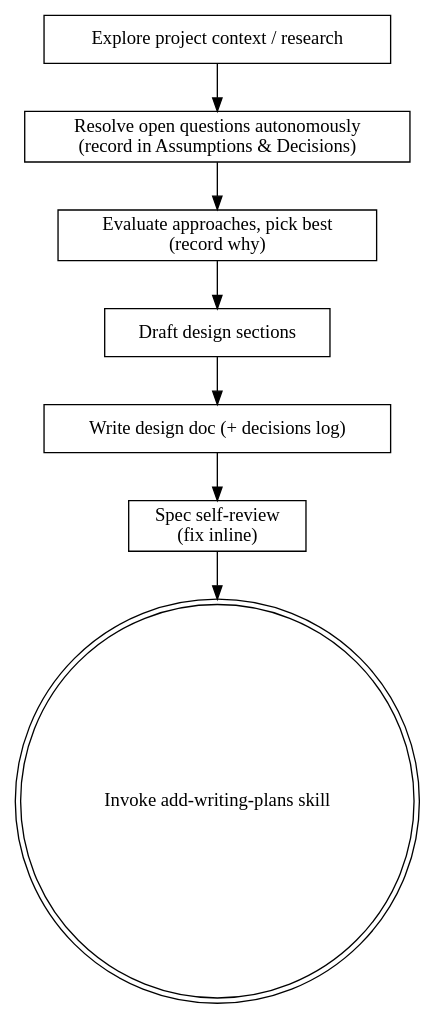
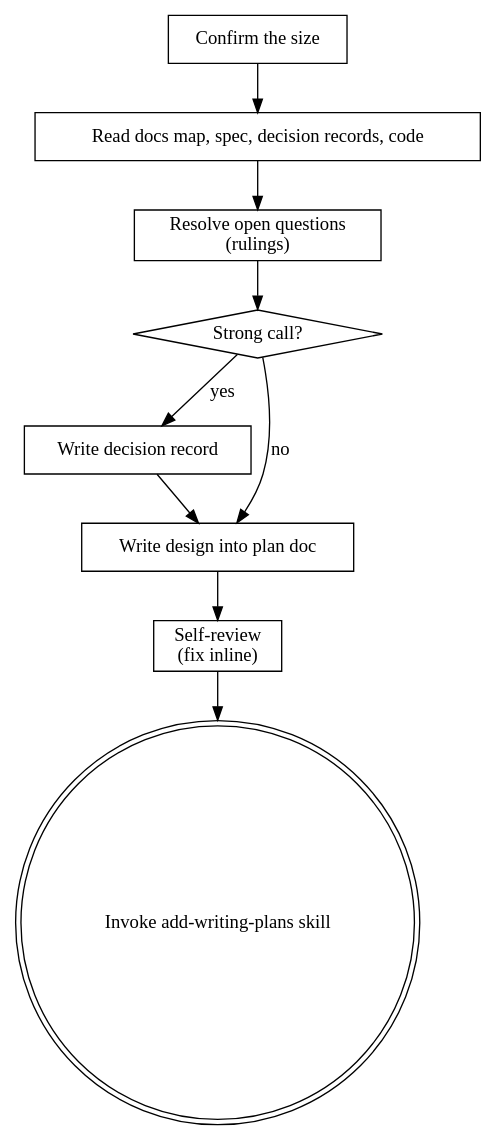
One commit to spenserhale/agentic-driven-development changed the diagram in skills/add-brainstorming/SKILL.md. Above: the diagram before and after it, drawn with Graphviz. The commit also changed other lines of this file and 26 other files, not shown here.

````diff
--- a/skills/add-brainstorming/SKILL.md
+++ b/skills/add-brainstorming/SKILL.md
@@ -34,18 +34,21 @@
 ```dot
 digraph brainstorming {
-    "Explore project context / research" [shape=box];
-    "Resolve open questions autonomously\n(record in Assumptions & Decisions)" [shape=box];
-    "Evaluate approaches, pick best\n(record why)" [shape=box];
-    "Draft design sections" [shape=box];
-    "Write design doc (+ decisions log)" [shape=box];
-    "Spec self-review\n(fix inline)" [shape=box];
+    "Confirm the size" [shape=box];
+    "Read docs map, spec, decision records, code" [shape=box];
+    "Resolve open questions\n(rulings)" [shape=box];
+    "Strong call?" [shape=diamond];
+    "Write decision record" [shape=box];
+    "Write design into plan doc" [shape=box];
+    "Self-review\n(fix inline)" [shape=box];
     "Invoke add-writing-plans skill" [shape=doublecircle];
 
-    "Explore project context / research" -> "Resolve open questions autonomously\n(record in Assumptions & Decisions)";
-    "Resolve open questions autonomously\n(record in Assumptions & Decisions)" -> "Evaluate approaches, pick best\n(record why)";
-    "Evaluate approaches, pick best\n(record why)" -> "Draft design sections";
-    "Draft design sections" -> "Write design doc (+ decisions log)";
-    "Write design doc (+ decisions log)" -> "Spec self-review\n(fix inline)";
-    "Spec self-review\n(fix inline)" -> "Invoke add-writing-plans skill";
+    "Confirm the size" -> "Read docs map, spec, decision records, code";
+    "Read docs map, spec, decision records, code" -> "Resolve open questions\n(rulings)";
+    "Resolve open questions\n(rulings)" -> "Strong call?";
+    "Strong call?" -> "Write decision record" [label="yes"];
+    "Strong call?" -> "Write design into plan doc" [label="no"];
+    "Write decision record" -> "Write design into plan doc";
+    "Write design into plan doc" -> "Self-review\n(fix inline)";
+    "Self-review\n(fix inline)" -> "Invoke add-writing-plans skill";
 }
 ```
````
